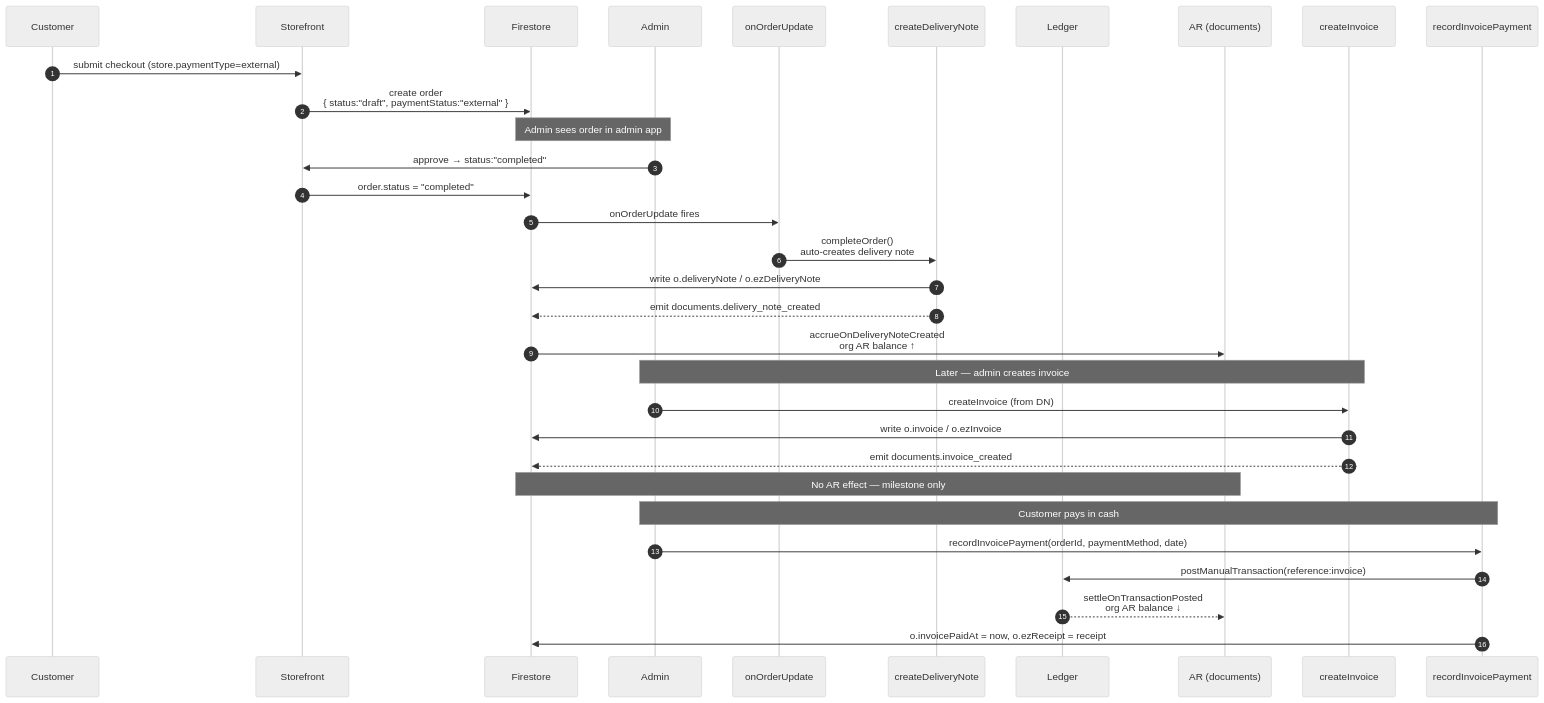
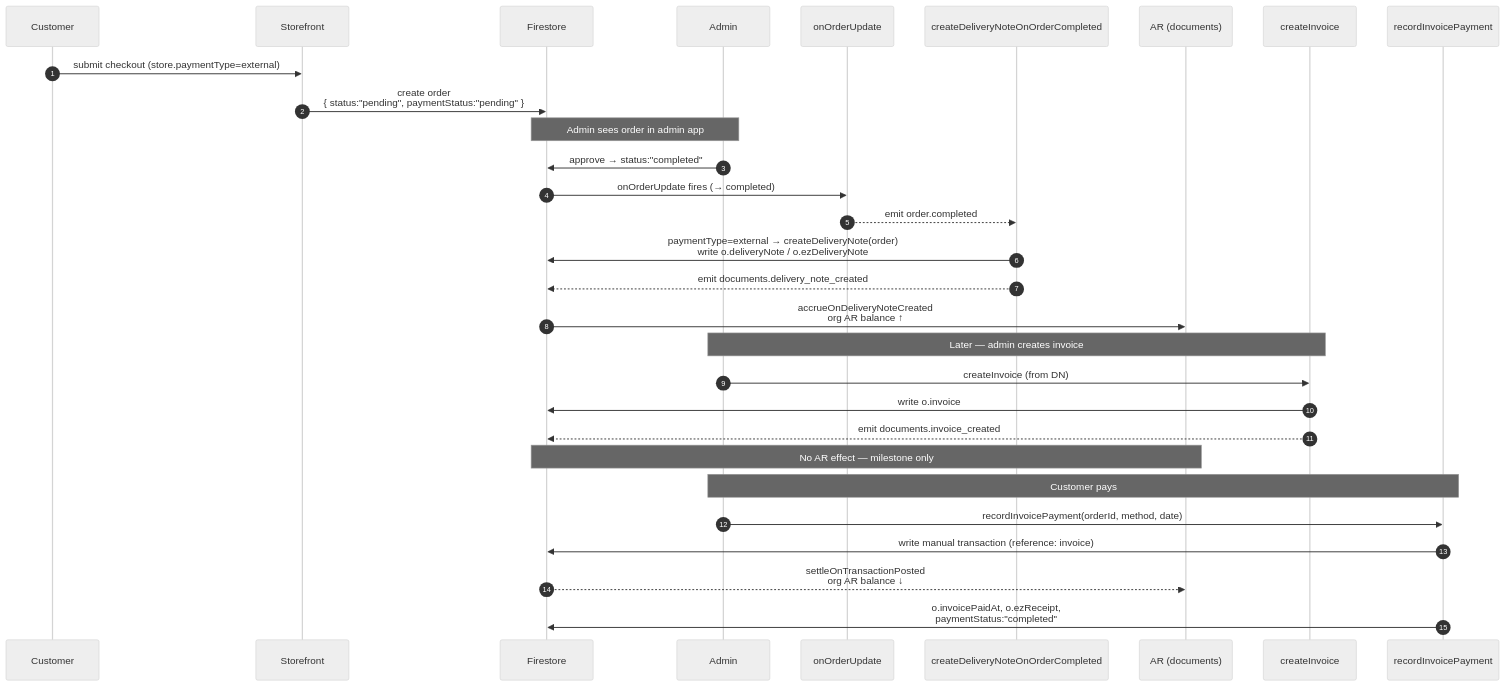
Before and after one commit to jsdev-ninja/stores: the third of 3 diagrams in apps/docs/docs/architecture/payment-flows.md, drawn with Mermaid (neutral theme). The commit also changed other lines of this file and 3 other files, not shown here.

Commit message:
feat: implement external payment flow via createDeliveryNoteOnOrderCompleted subscriber and update event system documentation

````diff
--- a/apps/docs/docs/architecture/payment-flows.md
+++ b/apps/docs/docs/architecture/payment-flows.md
@@ -203,37 +203,35 @@
 ```mermaid
 sequenceDiagram
   autonumber
   participant C as Customer
   participant FE as Storefront
   participant FS as Firestore
   participant A as Admin
-  participant Trigger as onOrderUpdate
-  participant DN as createDeliveryNote
-  participant L as Ledger
+  participant OU as onOrderUpdate
+  participant CD as createDeliveryNoteOnOrderCompleted
   participant AR as AR (documents)
   participant Inv as createInvoice
   participant R as recordInvoicePayment
 
   C->>FE: submit checkout (store.paymentType=external)
-  FE->>FS: create order<br/>{ status:"draft", paymentStatus:"external" }
+  FE->>FS: create order<br/>{ status:"pending", paymentStatus:"pending" }
   Note over A,FS: Admin sees order in admin app
-  A->>FE: approve → status:"completed"
-  FE->>FS: order.status = "completed"
-  FS->>Trigger: onOrderUpdate fires
-  Trigger->>DN: completeOrder()<br/>auto-creates delivery note
-  DN->>FS: write o.deliveryNote / o.ezDeliveryNote
-  DN-->>FS: emit documents.delivery_note_created
+  A->>FS: approve → status:"completed"
+  FS->>OU: onOrderUpdate fires (→ completed)
+  OU-->>CD: emit order.completed
+  CD->>FS: paymentType=external → createDeliveryNote(order)<br/>write o.deliveryNote / o.ezDeliveryNote
+  CD-->>FS: emit documents.delivery_note_created
   FS->>AR: accrueOnDeliveryNoteCreated<br/>org AR balance ↑
 
   Note over A,Inv: Later — admin creates invoice
   A->>Inv: createInvoice (from DN)
-  Inv->>FS: write o.invoice / o.ezInvoice
+  Inv->>FS: write o.invoice
   Inv-->>FS: emit documents.invoice_created
   Note over FS,AR: No AR effect — milestone only
 
-  Note over A,R: Customer pays in cash
-  A->>R: recordInvoicePayment(orderId, paymentMethod, date)
-  R->>L: postManualTransaction(reference:invoice)
-  L-->>AR: settleOnTransactionPosted<br/>org AR balance ↓
-  R->>FS: o.invoicePaidAt = now, o.ezReceipt = receipt
+  Note over A,R: Customer pays
+  A->>R: recordInvoicePayment(orderId, method, date)
+  R->>FS: write manual transaction (reference: invoice)
+  FS-->>AR: settleOnTransactionPosted<br/>org AR balance ↓
+  R->>FS: o.invoicePaidAt, o.ezReceipt,<br/>paymentStatus:"completed"
 ```
````
